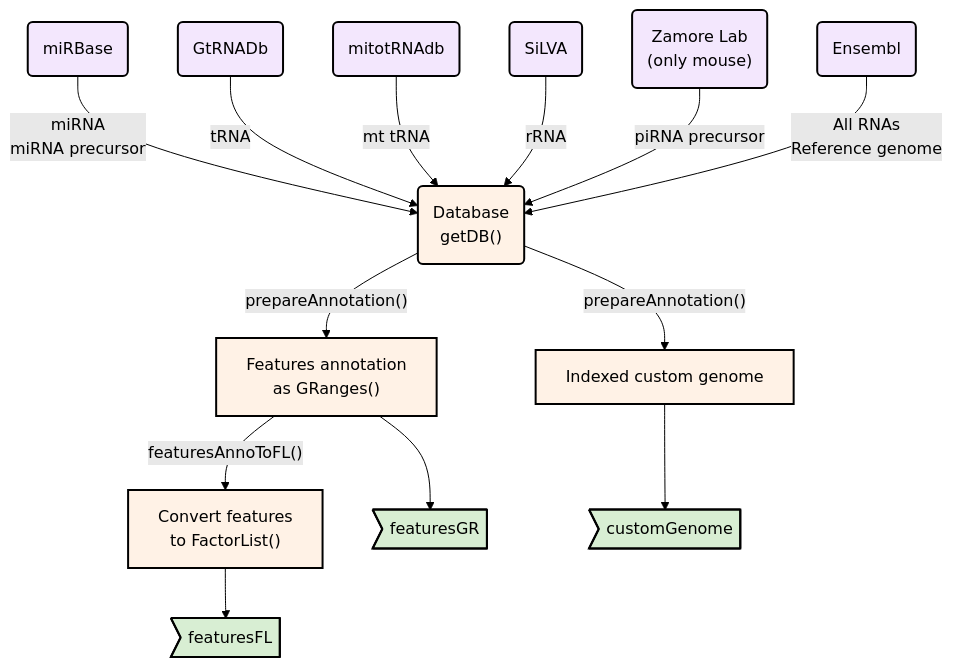
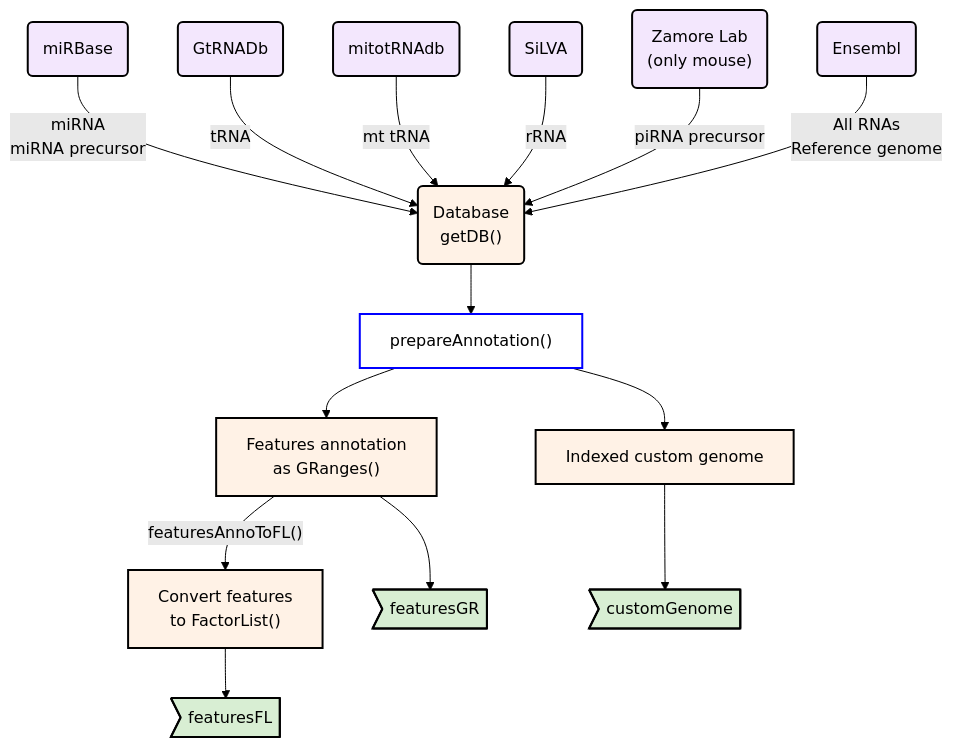
The diagram in figure/shortRNA/01_database.mmd (dktanwar/PhD_thesis), drawn with Mermaid (forest theme) before and after one commit. The commit also changed 242 other files, not shown here.

```diff
--- a/figure/shortRNA/01_database.mmd
+++ b/figure/shortRNA/01_database.mmd
@@ -1,30 +1,35 @@
 graph TD
 
 mir(miRBase) -->|"miRNA<br>miRNA precursor"|db
 trna(GtRNADb) -->|tRNA|db
 mttrna(mitotRNAdb) -->|mt tRNA|db
 rrna(SiLVA) -->|rRNA|db
 pirna("Zamore Lab<br>(only mouse)") -->|piRNA precursor|db
 ens("Ensembl") -->|All RNAs<br>Reference genome|db
 
-db-->|"prepareAnnotation()"|fe["Features annotation<br>as GRanges()"]
-db("Database<br>getDB()") --> |"prepareAnnotation()"|cg[Indexed custom genome]
+db("Database<br>getDB()")-->pa["prepareAnnotation()"]
+pa-->fe["Features annotation<br>as GRanges()"]
+
+
+
+pa-->cg[Indexed custom genome]
 
 fe-->|"featuresAnnoToFL()"|fl["Convert features<br>to FactorList()"]
 fl-->FL>featuresFL]
 cg-->CG>customGenome]
 fe-->FE>featuresGR]
 
 style db stroke:black,stroke-width:2px,fill:#fff2e6;
 style mir fill:#F3E7FD,stroke:black,stroke-width:2px
 style trna fill:#F3E7FD,stroke:black,stroke-width:2px
 style mttrna fill:#F3E7FD,stroke:black,stroke-width:2px
 style rrna fill:#F3E7FD,stroke:black,stroke-width:2px
 style pirna fill:#F3E7FD,stroke:black,stroke-width:2px
 style ens fill:#F3E7FD,stroke:black,stroke-width:2px
 style fe stroke:black,stroke-width:2px,fill:#fff2e6;
 style fl stroke:black,stroke-width:2px,fill:#fff2e6;
 style cg stroke:black,stroke-width:2px,fill:#fff2e6;
 style CG stroke:black,stroke-width:2px,fill:#D8EED3;
 style FL stroke:black,stroke-width:2px,fill:#D8EED3;
 style FE stroke:black,stroke-width:2px,fill:#D8EED3;
+style pa stroke:blue,stroke-width:2px,fill:white;
```
